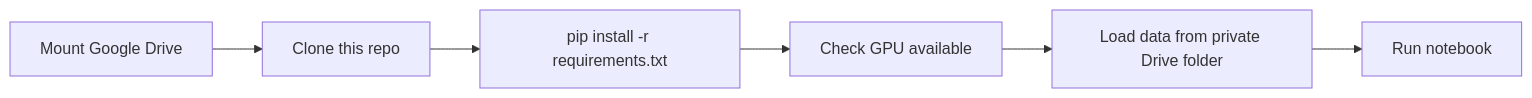
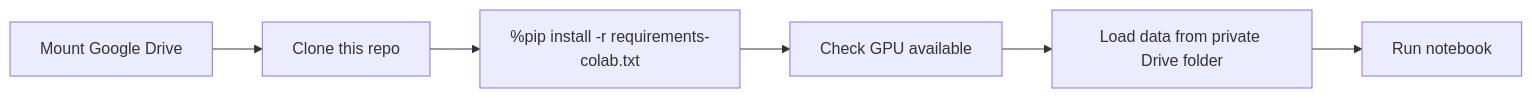
One commit to HarshaYohan/pr-risk-prediction changed the diagram in colab/README.md. Above: the diagram before and after it, drawn with Mermaid. The commit also changed other lines of this file and 10 other files, not shown here.

````diff
--- a/colab/README.md
+++ b/colab/README.md
@@ -7,8 +7,8 @@
 ```mermaid
 flowchart LR
     mount[Mount Google Drive] --> clone[Clone this repo]
-    clone --> install[pip install -r requirements.txt]
+    clone --> install[%pip install -r requirements-colab.txt]
     install --> gpu[Check GPU available]
     gpu --> data[Load data from private Drive folder]
     data --> run[Run notebook]
 ```
````
